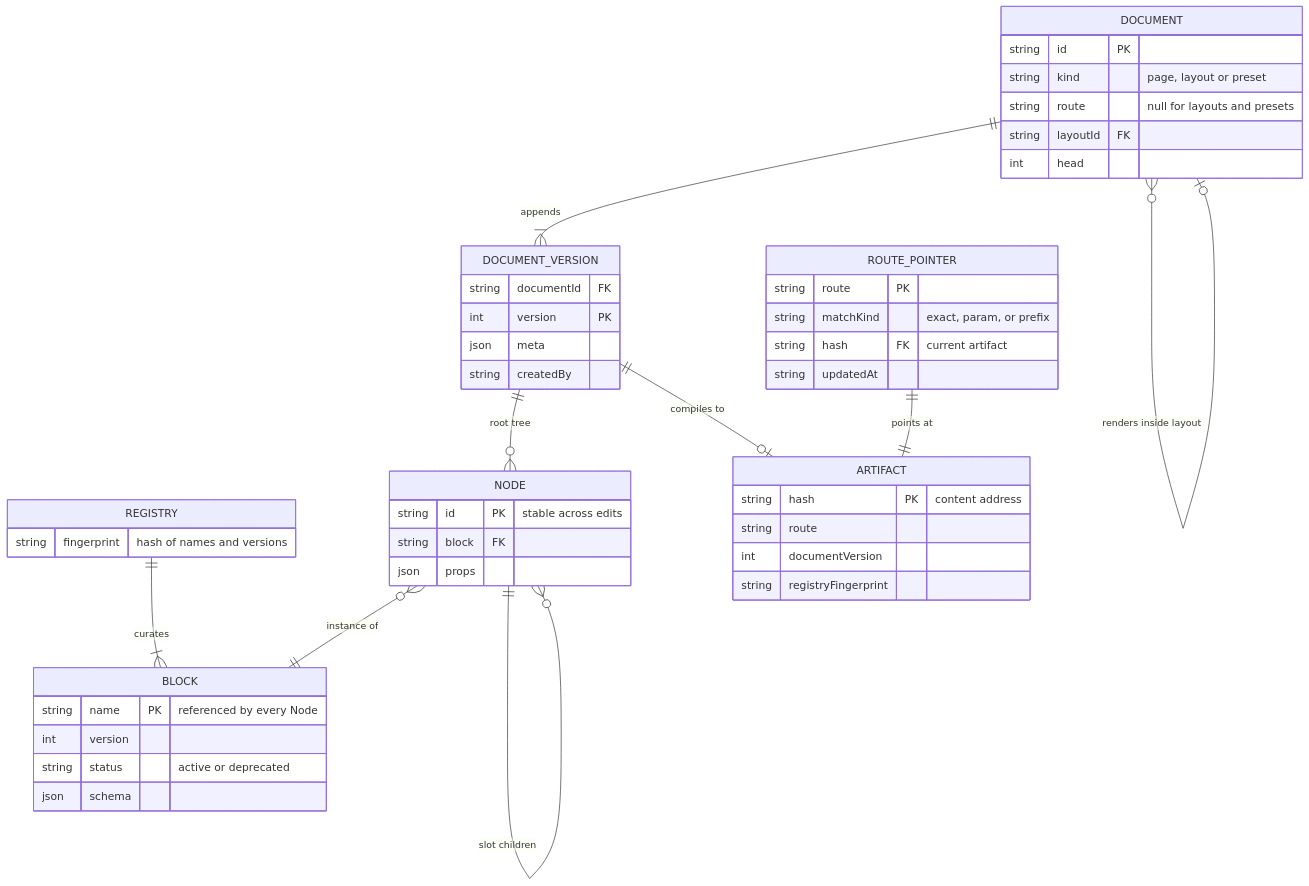
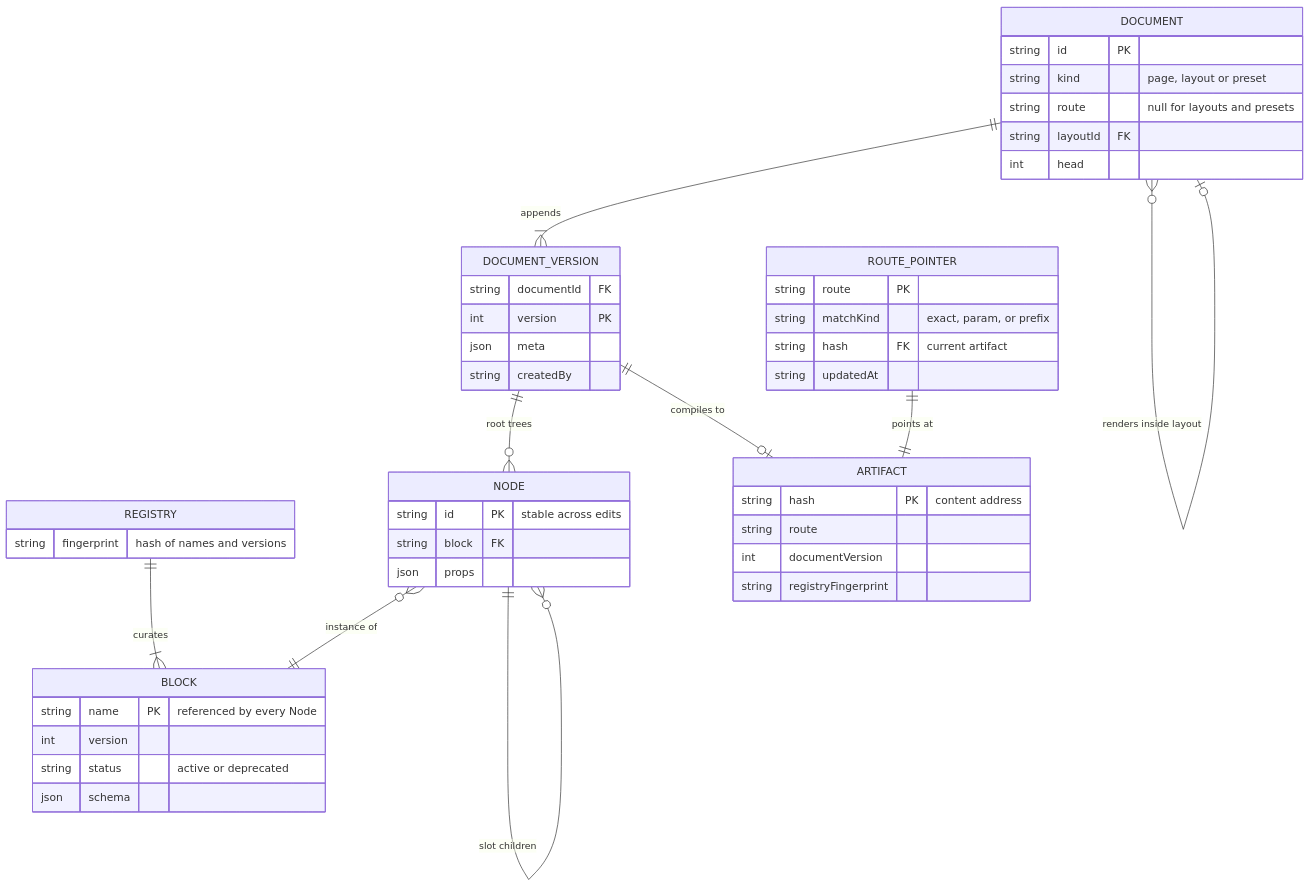
Before and after one commit to effekt/halyard: the first of 3 diagrams in docs/domain-model.md, drawn with Mermaid. The commit also changed other lines of this file and 32 other files, not shown here.

````diff
--- a/docs/domain-model.md
+++ b/docs/domain-model.md
@@ -22,51 +22,51 @@
 ```mermaid
 erDiagram
     REGISTRY ||--|{ BLOCK : curates
     NODE }o--|| BLOCK : "instance of"
     DOCUMENT ||--|{ DOCUMENT_VERSION : appends
-    DOCUMENT_VERSION ||--o{ NODE : "root tree"
+    DOCUMENT_VERSION ||--o{ NODE : "root trees"
     NODE ||--o{ NODE : "slot children"
     DOCUMENT }o--o| DOCUMENT : "renders inside layout"
     DOCUMENT_VERSION ||--o| ARTIFACT : "compiles to"
     ROUTE_POINTER ||--|| ARTIFACT : "points at"
 
     BLOCK {
         string name PK "referenced by every Node"
         int version
         string status "active or deprecated"
         json schema
     }
     REGISTRY {
         string fingerprint "hash of names and versions"
     }
     DOCUMENT {
         string id PK
         string kind "page, layout or preset"
         string route "null for layouts and presets"
         string layoutId FK
         int head
     }
     DOCUMENT_VERSION {
         string documentId FK
         int version PK
         json meta
         string createdBy
     }
     NODE {
         string id PK "stable across edits"
         string block FK
         json props
     }
     ARTIFACT {
         string hash PK "content address"
         string route
         int documentVersion
         string registryFingerprint
     }
     ROUTE_POINTER {
         string route PK
         string matchKind "exact, param, or prefix"
         string hash FK "current artifact"
         string updatedAt
     }
 ```
````
